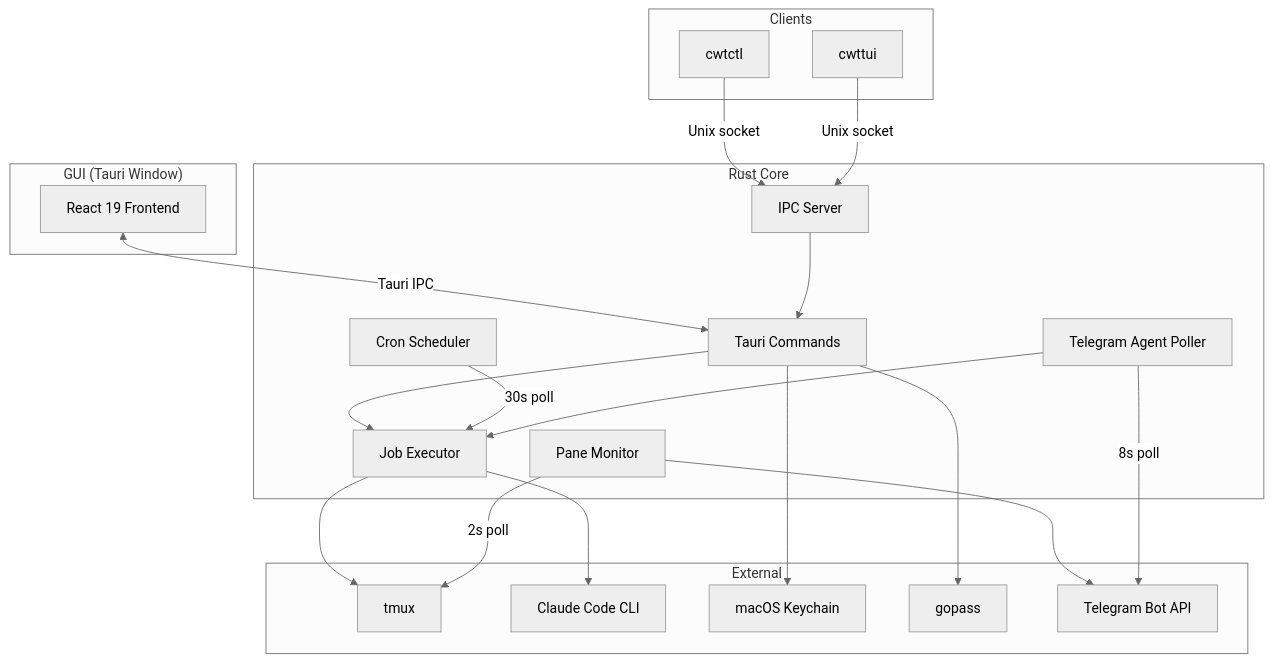
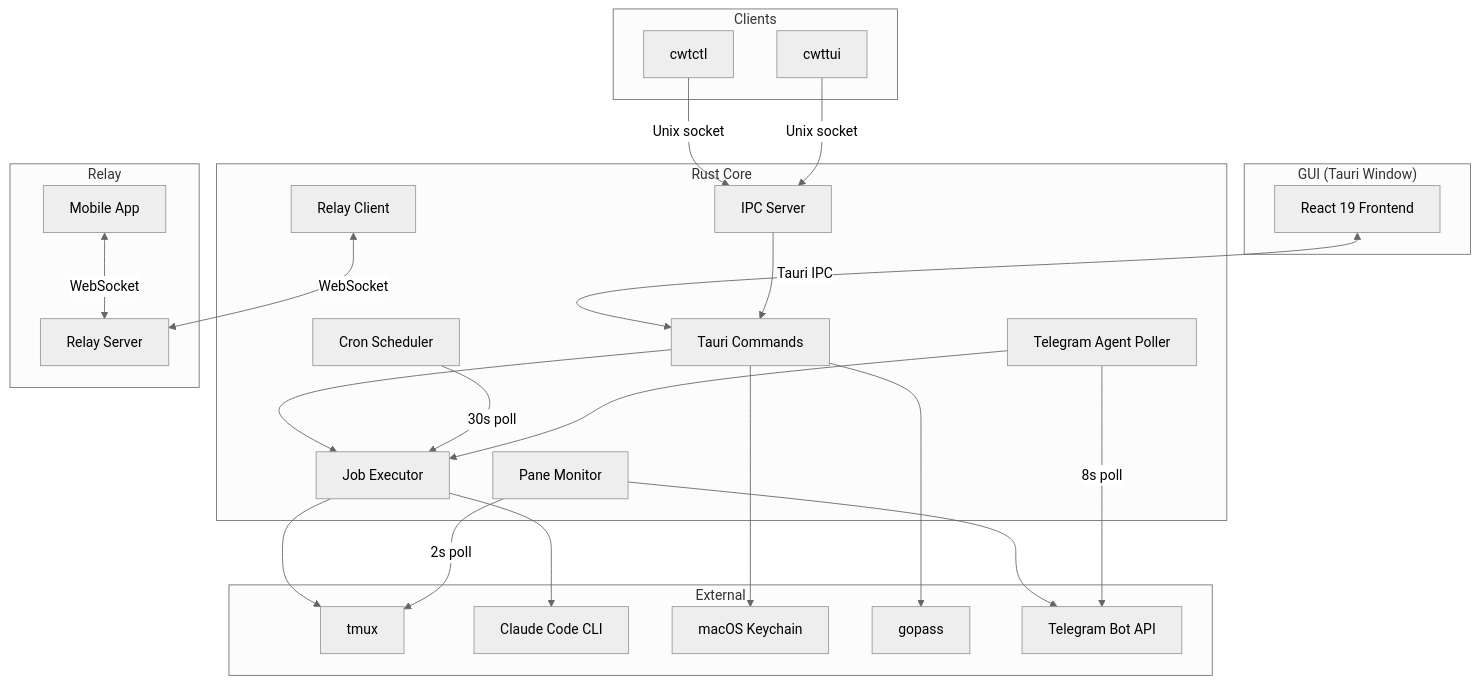
The first of 2 diagrams in docs/architecture.md (tonisives/clawtab), drawn with Mermaid (neutral theme) before and after one commit. The commit also changed other lines of this file and 3 other files, not shown here.

````diff
--- a/docs/architecture.md
+++ b/docs/architecture.md
@@ -5,43 +5,51 @@
 ```mermaid
 graph TB
     subgraph GUI["GUI (Tauri Window)"]
         React["React 19 Frontend"]
     end
 
     subgraph Core["Rust Core"]
         Commands["Tauri Commands"]
         Scheduler["Cron Scheduler"]
         Executor["Job Executor"]
         Monitor["Pane Monitor"]
         IpcServer["IPC Server"]
         TgPoller["Telegram Agent Poller"]
+        RelayConn["Relay Client"]
     end
 
     subgraph External["External"]
         Tmux["tmux"]
         Claude["Claude Code CLI"]
         Keychain["macOS Keychain"]
         Gopass["gopass"]
         TgAPI["Telegram Bot API"]
+    end
+
+    subgraph Relay["Relay"]
+        RelayServer["Relay Server"]
+        Mobile["Mobile App"]
     end
 
     subgraph Clients["Clients"]
         CLI["cwtctl"]
         TUI["cwttui"]
     end
 
     React <-->|Tauri IPC| Commands
     Commands --> Executor
     Scheduler -->|30s poll| Executor
     Executor --> Tmux
     Executor --> Claude
     Monitor -->|2s poll| Tmux
     Monitor --> TgAPI
     Commands --> Keychain
     Commands --> Gopass
     TgPoller -->|8s poll| TgAPI
     TgPoller --> Executor
     CLI -->|Unix socket| IpcServer
     TUI -->|Unix socket| IpcServer
     IpcServer --> Commands
+    RelayConn <-->|WebSocket| RelayServer
+    Mobile <-->|WebSocket| RelayServer
 ```
````
